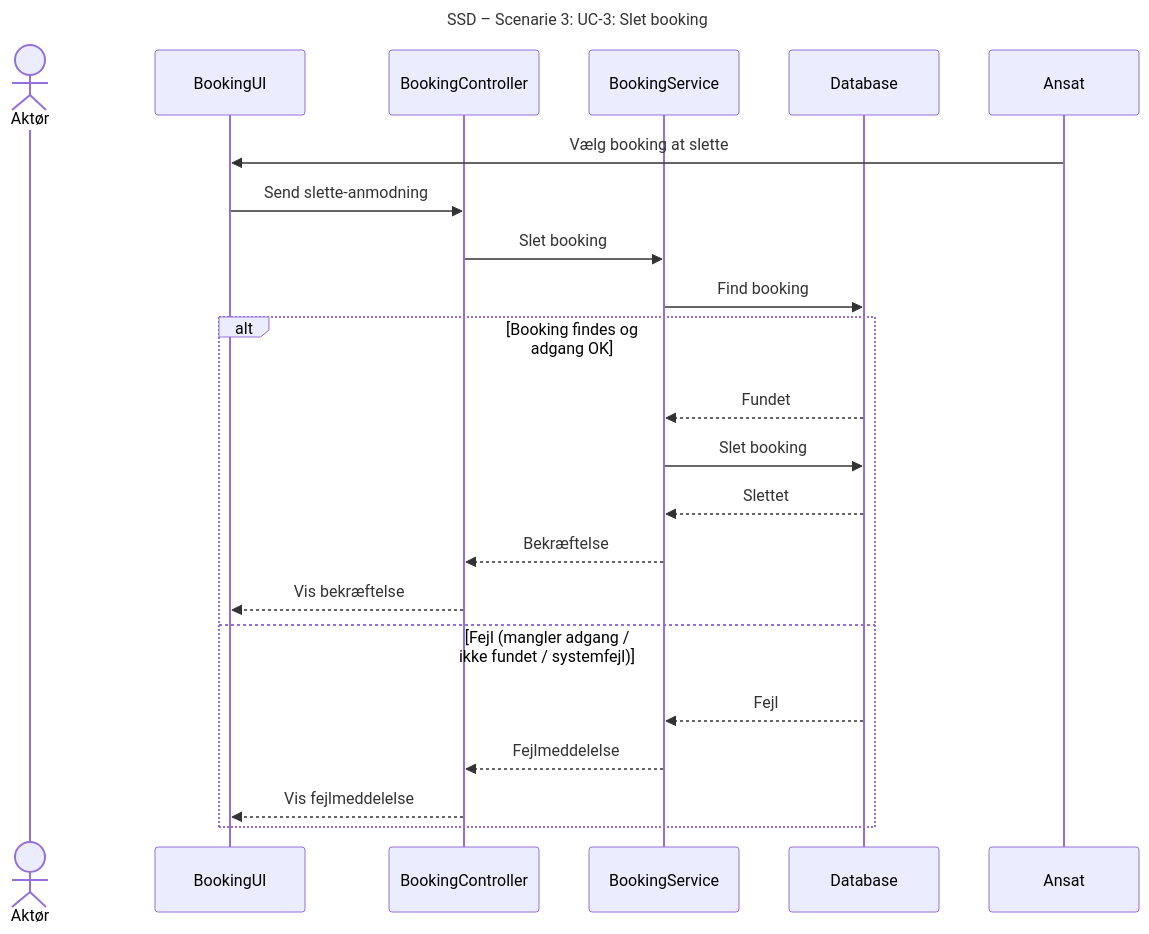
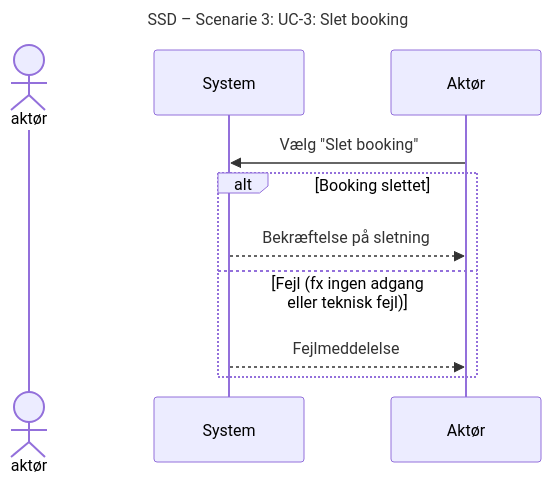
One commit to DMOoF25/TheMovie changed the diagram in docs/Scenarie 3 UC3/SSD S3 UC3.mmd. Above: the diagram before and after it, drawn with Mermaid.

Commit message:
Update SSD S3 UC3.mmd

```diff
--- a/docs/Scenarie 3 UC3/SSD S3 UC3.mmd
+++ b/docs/Scenarie 3 UC3/SSD S3 UC3.mmd
@@ -1,24 +1,12 @@
 sequenceDiagram
 title SSD – Scenarie 3: UC-3: Slet booking
 
-actor Aktør
-    participant BookingUI
-    participant BookingController
-    participant BookingService
-    participant Database
+  actor aktør
+    participant System
 
-    Ansat->>BookingUI: Vælg booking at slette
-    BookingUI->>BookingController: Send slette-anmodning
-    BookingController->>BookingService: Slet booking
-    BookingService->>Database: Find booking
-    alt Booking findes og adgang OK
-        Database-->>BookingService: Fundet
-        BookingService->>Database: Slet booking
-        Database-->>BookingService: Slettet
-        BookingService-->>BookingController: Bekræftelse
-        BookingController-->>BookingUI: Vis bekræftelse
-    else Fejl (mangler adgang / ikke fundet / systemfejl)
-        Database-->>BookingService: Fejl
-        BookingService-->>BookingController: Fejlmeddelelse
-        BookingController-->>BookingUI: Vis fejlmeddelelse
+    Aktør->>System: Vælg "Slet booking"
+    alt Booking slettet
+        System-->>Aktør: Bekræftelse på sletning
+    else Fejl (fx ingen adgang eller teknisk fejl)
+        System-->>Aktør: Fejlmeddelelse
     end
```
